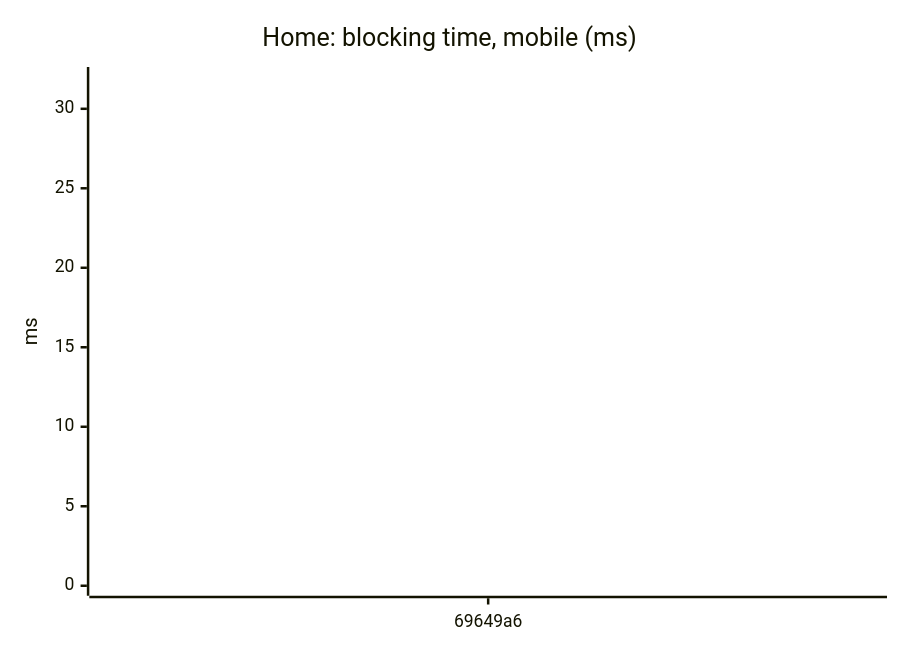
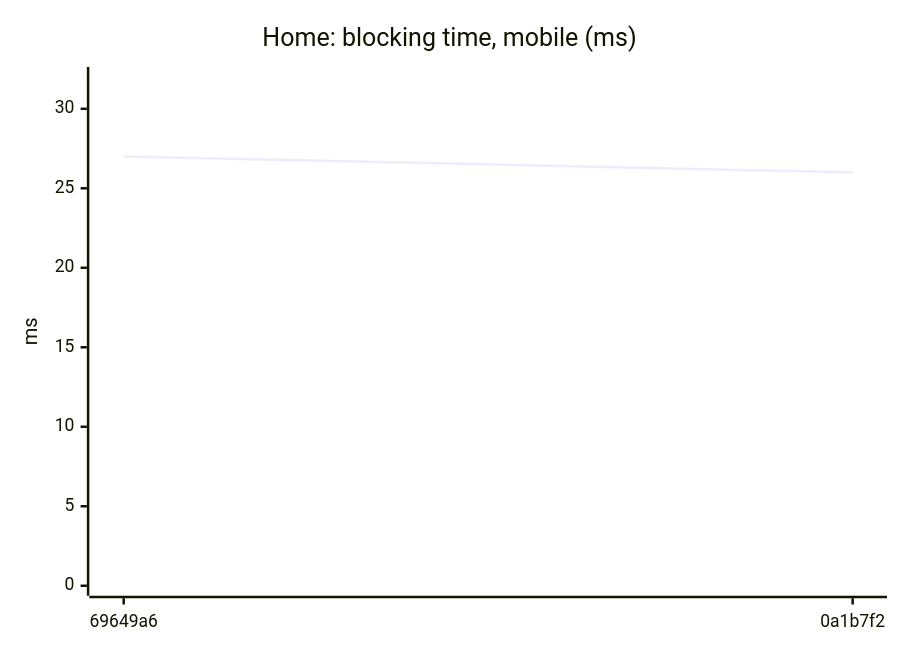
The second of 18 diagrams in README.md (AxelUser/maltsev.space), drawn with Mermaid before and after one commit. The commit also changed other lines of this file and 1 other file, not shown here.

````diff
--- a/README.md
+++ b/README.md
@@ -43,7 +43,7 @@
 ```mermaid
 xychart-beta
   title "Home: blocking time, mobile (ms)"
-  x-axis ["69649a6"]
+  x-axis ["69649a6", "0a1b7f2"]
   y-axis "ms" 0 --> 32
-  line [27]
+  line [27, 26]
 ```
````
